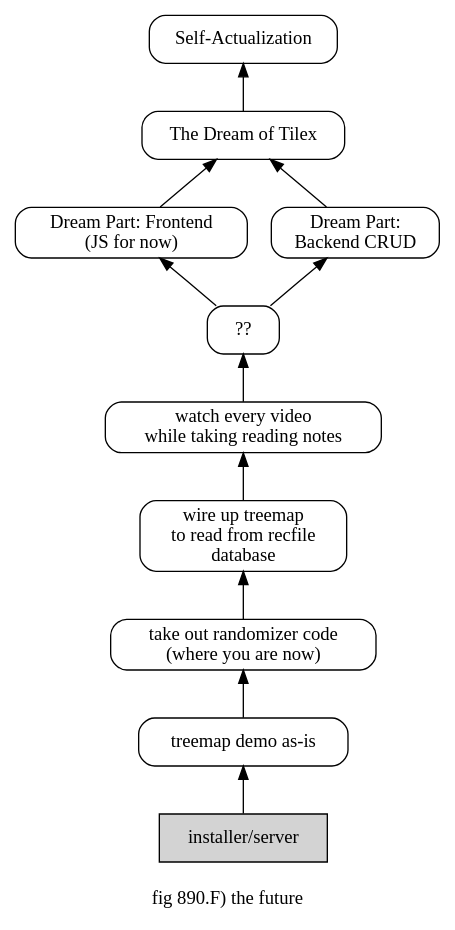
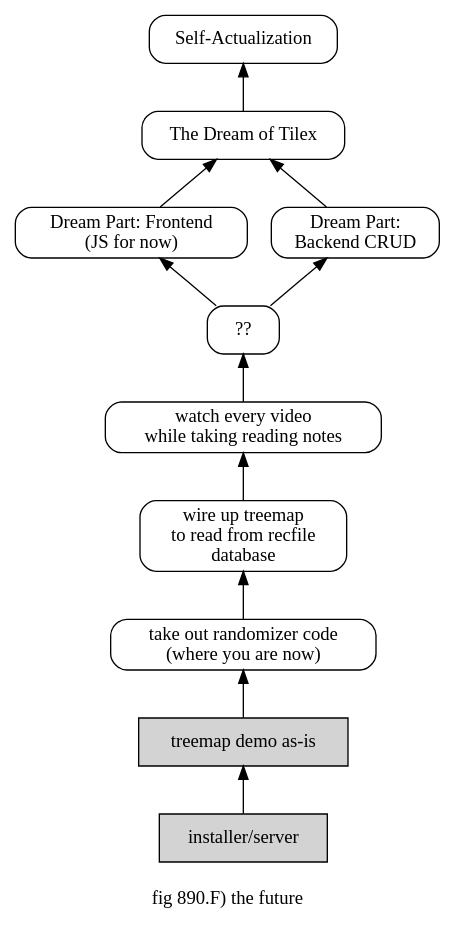
One commit to hipe/tmx changed the diagram in tilex-doc/890.F.roadmap.dot. Above: the diagram before and after it, drawn with Graphviz. The commit also changed 7 other files, not shown here.

```diff
--- a/tilex-doc/890.F.roadmap.dot
+++ b/tilex-doc/890.F.roadmap.dot
@@ -1,37 +1,37 @@
 digraph g {
 label="\nfig 890.F) the future"
 node[shape=rect style=rounded]
 rankdir=BT;  /* from bottom to top (vertical) */
 item_final[label="Self-Actualization"]
 item_goal->item_final
 
 item_goal[label="The Dream of Tilex"]
 item_dream_part_frontend->item_goal
 item_dream_part_backend->item_goal
 
 item_dream_part_frontend[label="Dream Part: Frontend\n(JS for now)"]
 item_question_mark->item_dream_part_frontend
 
 item_dream_part_backend[label="Dream Part:\nBackend CRUD"]
 item_question_mark->item_dream_part_backend
 
 item_question_mark[label="??"]
 item_videos->item_question_mark
 
 item_videos[label="watch every video\nwhile taking reading notes"]
 item_crazy->item_videos  /* forward-declare #here1 to keep it out of group */
 
 item_crazy[label="wire up treemap\nto read from recfile\ndatabase"]
 item_proof_of_concept->item_crazy
 
 item_proof_of_concept[label="take out randomizer code\n(where you are now)"]
 item_demo->item_proof_of_concept
 
-item_demo[label="treemap demo as-is"]
+item_demo[label="treemap demo as-is" style=filled]
 item_installer->item_demo
 
 item_installer[label="installer/server" style=filled]
 }
 /*
 # #born
 */
```
